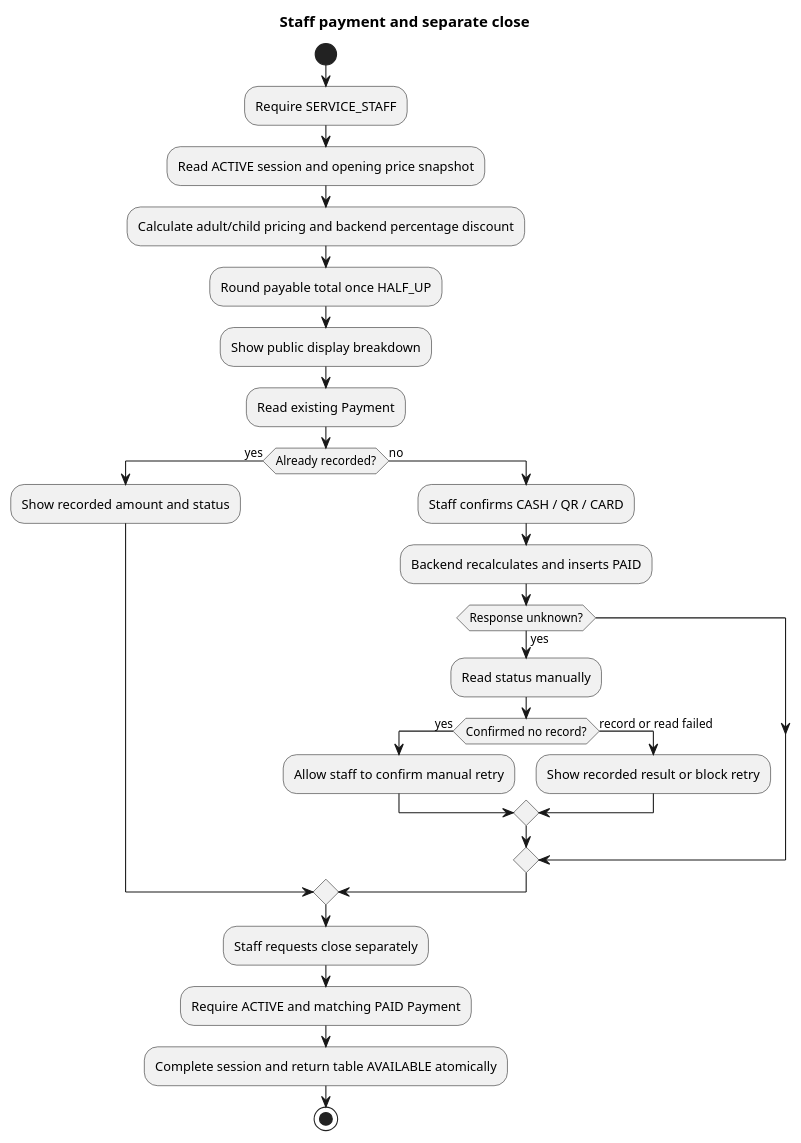
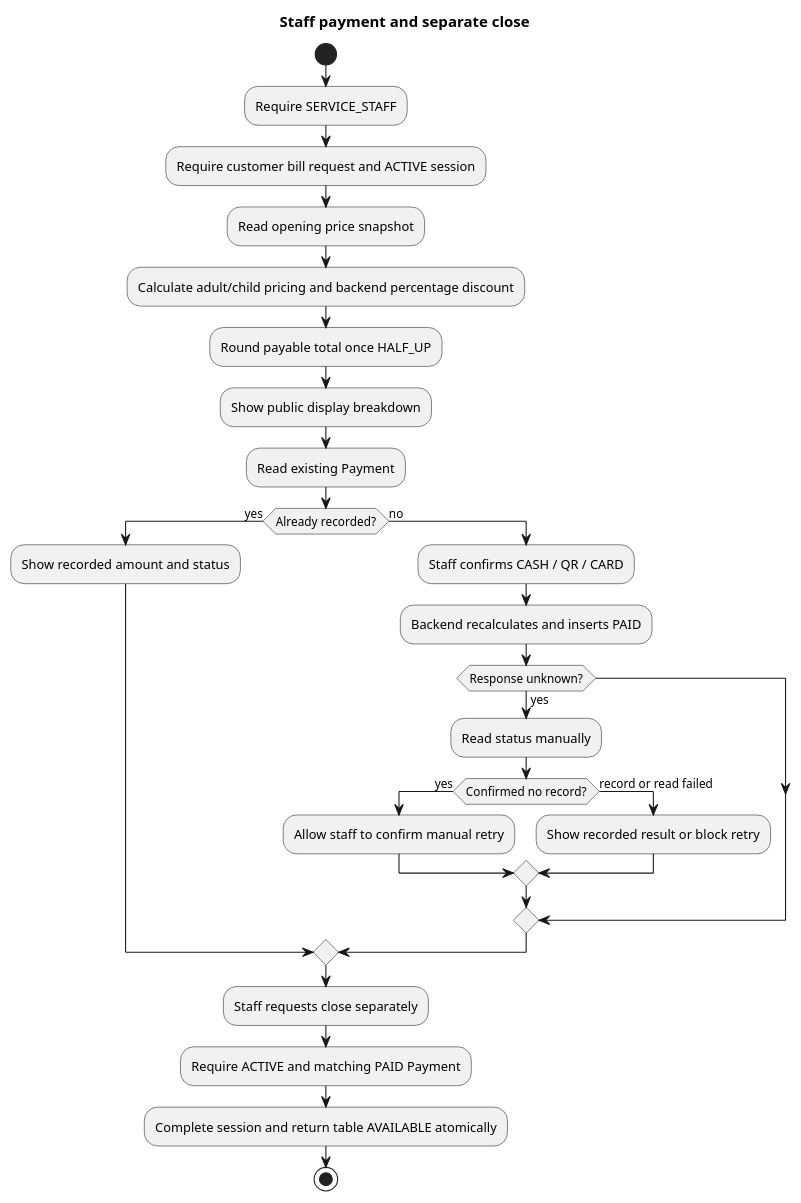
The diagram in doc/diagrams/activity-payment-close.puml (PavaritPramual/buffet-restaurant-management-system), drawn with PlantUML before and after one commit. The commit also changed 58 other files, not shown here.

Commit message:
docs: complete course diagrams and Canva deck for 12-minute team presentation

```diff
--- a/doc/diagrams/activity-payment-close.puml
+++ b/doc/diagrams/activity-payment-close.puml
@@ -1,28 +1,29 @@
 @startuml
 title Staff payment and separate close
 start
 :Require SERVICE_STAFF;
-:Read ACTIVE session and opening price snapshot;
+:Require customer bill request and ACTIVE session;
+:Read opening price snapshot;
 :Calculate adult/child pricing and backend percentage discount;
 :Round payable total once HALF_UP;
 :Show public display breakdown;
 :Read existing Payment;
 if (Already recorded?) then (yes)
  :Show recorded amount and status;
 else (no)
  :Staff confirms CASH / QR / CARD;
  :Backend recalculates and inserts PAID;
  if (Response unknown?) then (yes)
   :Read status manually;
   if (Confirmed no record?) then (yes)
    :Allow staff to confirm manual retry;
   else (record or read failed)
    :Show recorded result or block retry;
   endif
  endif
 endif
 :Staff requests close separately;
 :Require ACTIVE and matching PAID Payment;
 :Complete session and return table AVAILABLE atomically;
 stop
 @enduml
```
